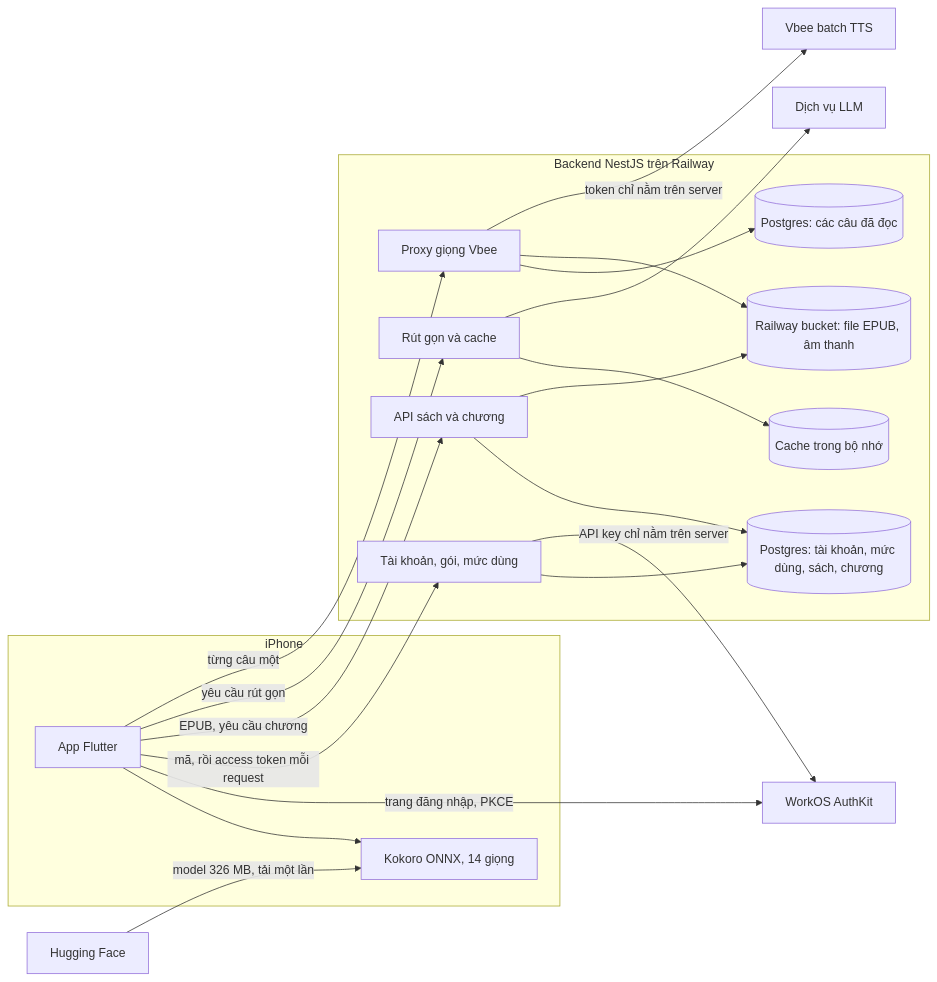
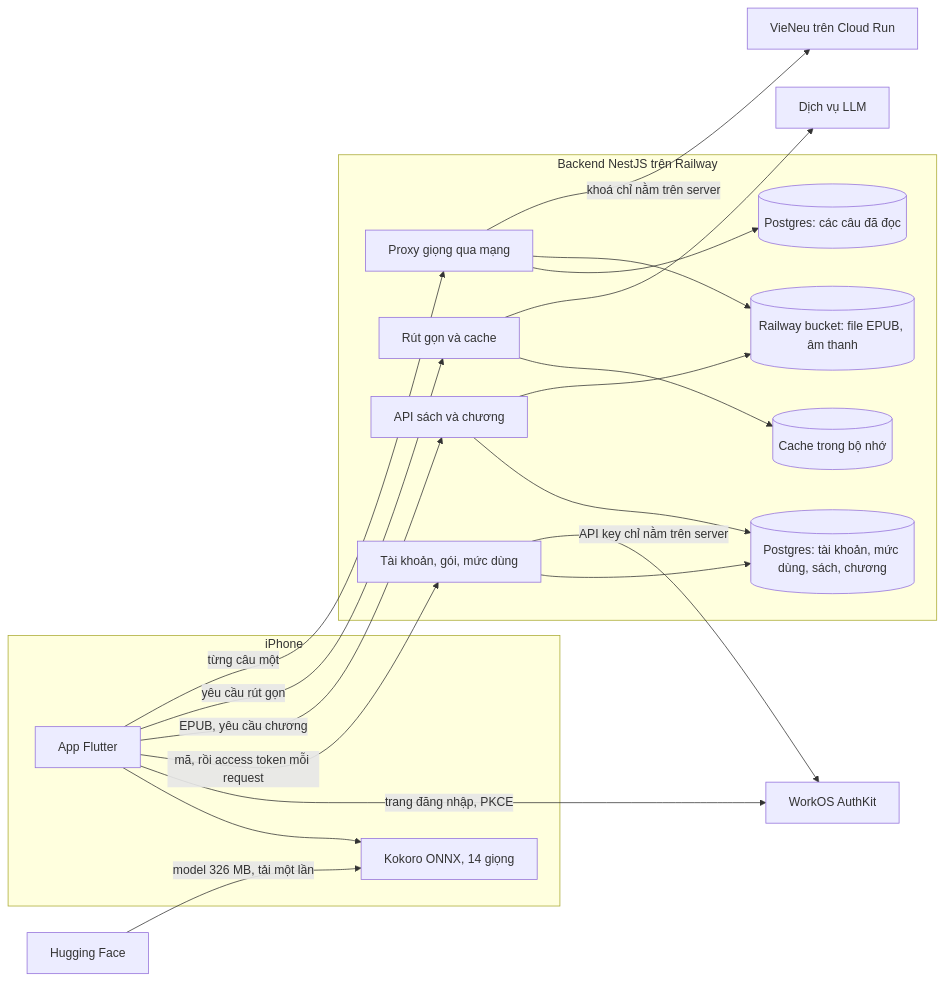
One commit to tinwritescode/ereader-ai changed the second of 2 diagrams in README.vi.md. Above: the diagram before and after it, drawn with Mermaid. The commit also changed other lines of this file and 11 other files, not shown here.

First line of the commit message:
Name the app's cloud voices after what they are, not Vbee

````diff
--- a/README.vi.md
+++ b/README.vi.md
@@ -71,40 +71,40 @@
 ```mermaid
 flowchart LR
     subgraph phone["iPhone"]
         ui["App Flutter"]
         tts["Kokoro ONNX, 14 giọng"]
         ui --> tts
     end
 
     subgraph server["Backend NestJS trên Railway"]
         api["API sách và chương"]
         digest["Rút gọn và cache"]
-        speech["Proxy giọng Vbee"]
+        speech["Proxy giọng qua mạng"]
         accounts["Tài khoản, gói, mức dùng"]
         memory[("Cache trong bộ nhớ")]
         db[("Postgres: tài khoản, mức dùng, sách, chương")]
         digest --> memory
         api --> db
         accounts --> db
         clips[("Postgres: các câu đã đọc")]
         bucket[("Railway bucket: file EPUB, âm thanh")]
         api --> bucket
         speech --> clips
         speech --> bucket
     end
 
     llm["Dịch vụ LLM"]
     hf["Hugging Face"]
-    vbee["Vbee batch TTS"]
+    gcloud["VieNeu trên Cloud Run"]
     workos["WorkOS AuthKit"]
 
     ui -- "trang đăng nhập, PKCE" --> workos
     ui -- "mã, rồi access token mỗi request" --> accounts
     accounts -- "API key chỉ nằm trên server" --> workos
     ui -- "EPUB, yêu cầu chương" --> api
     ui -- "yêu cầu rút gọn" --> digest
     digest --> llm
     hf -- "model 326 MB, tải một lần" --> tts
     ui -- "từng câu một" --> speech
-    speech -- "token chỉ nằm trên server" --> vbee
+    speech -- "khoá chỉ nằm trên server" --> gcloud
 ```
````
